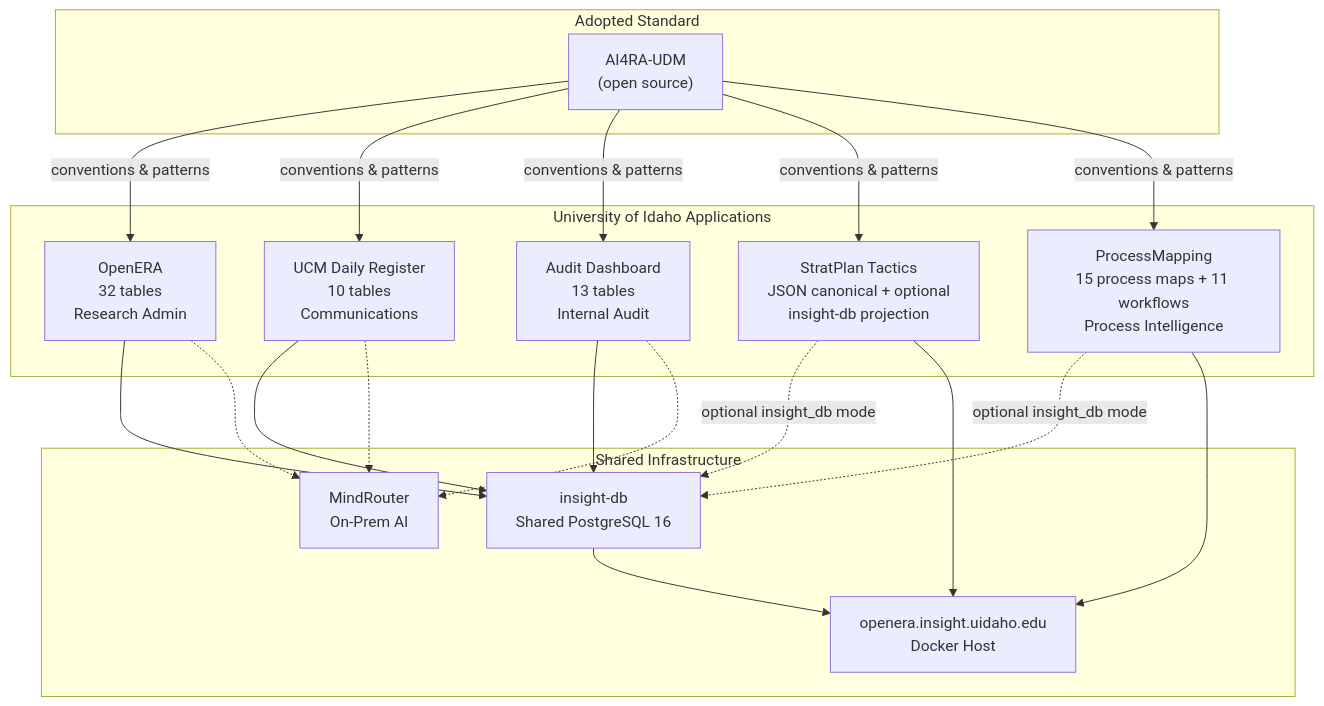
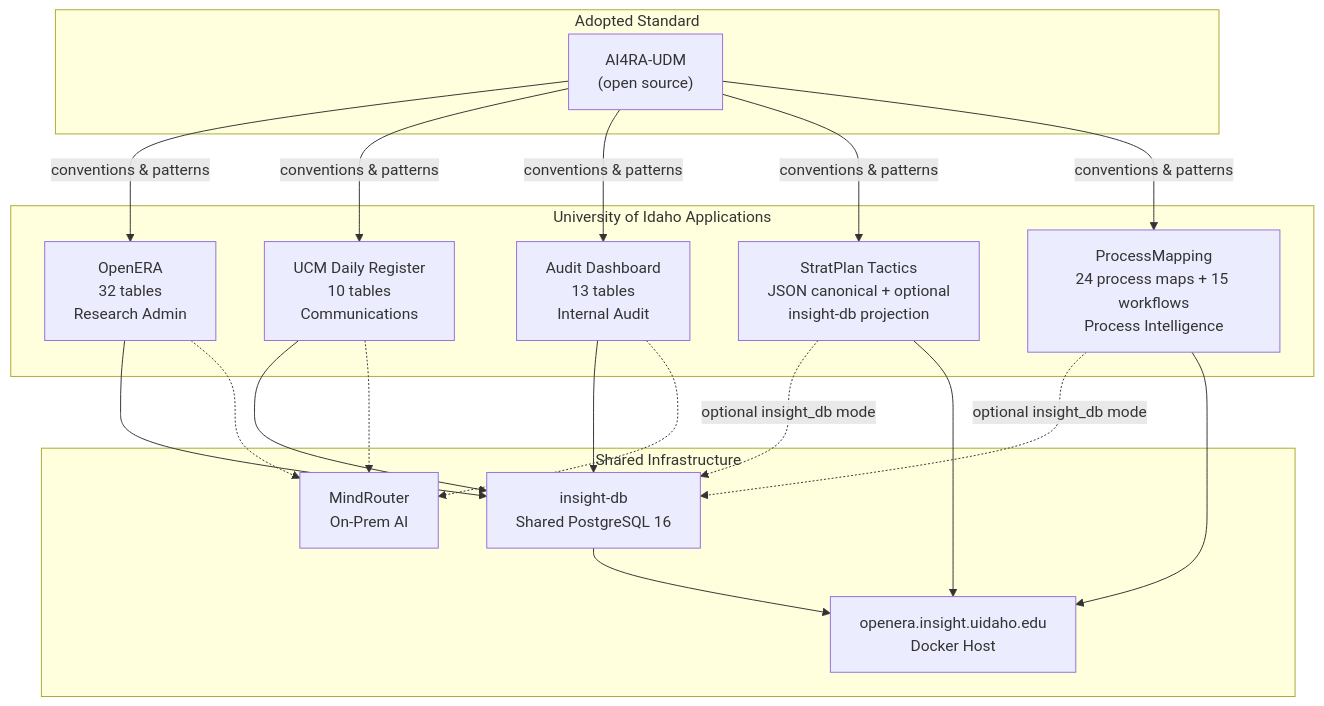
The diagram in docs/index.md (ui-insight/data-governance), drawn with Mermaid before and after one commit. The commit also changed other lines of this file and 11 other files, not shown here.

````diff
--- a/docs/index.md
+++ b/docs/index.md
@@ -36,39 +36,39 @@
 ```mermaid
 graph TB
     subgraph standard["Adopted Standard"]
         UDM["AI4RA-UDM<br/>(open source)"]
     end
 
     subgraph institutional["University of Idaho Applications"]
         OE["OpenERA<br/>32 tables<br/>Research Admin"]
         UCM["UCM Daily Register<br/>10 tables<br/>Communications"]
         AD["Audit Dashboard<br/>13 tables<br/>Internal Audit"]
         SP["StratPlan Tactics<br/>JSON canonical + optional<br/>insight-db projection"]
-        PM["ProcessMapping<br/>15 process maps + 11 workflows<br/>Process Intelligence"]
+        PM["ProcessMapping<br/>24 process maps + 15 workflows<br/>Process Intelligence"]
     end
 
     subgraph shared["Shared Infrastructure"]
         DB["insight-db<br/>Shared PostgreSQL 16"]
         MR["MindRouter<br/>On-Prem AI"]
         SRV["openera.insight.uidaho.edu<br/>Docker Host"]
     end
 
     UDM -->|conventions & patterns| OE
     UDM -->|conventions & patterns| UCM
     UDM -->|conventions & patterns| AD
     UDM -->|conventions & patterns| SP
     UDM -->|conventions & patterns| PM
 
     OE --> DB
     UCM --> DB
     AD --> DB
     SP -. optional insight_db mode .-> DB
     PM -. optional insight_db mode .-> DB
     DB --> SRV
     SP --> SRV
     PM --> SRV
 
     OE -.-> MR
     UCM -.-> MR
     AD -.-> MR
 ```
````
